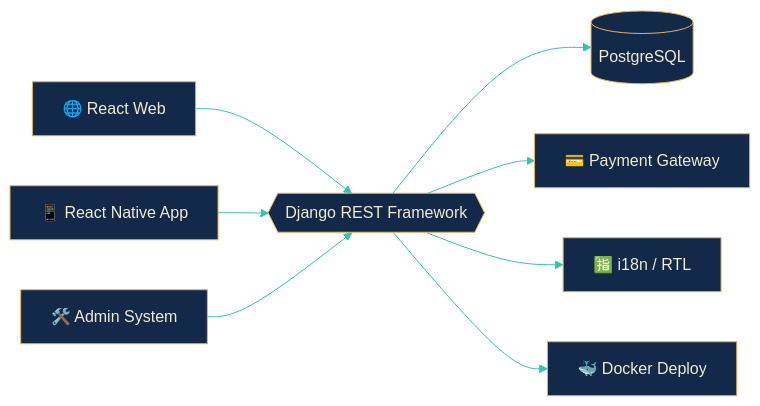
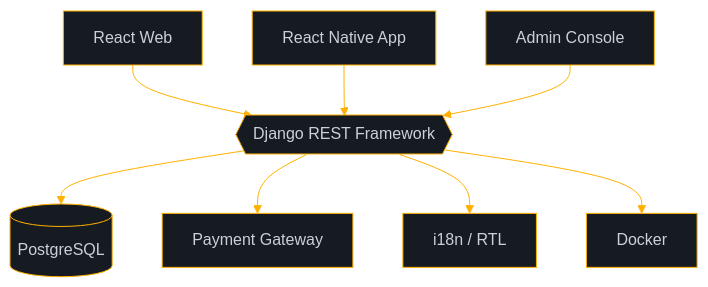
Before and after one commit to YaserZarifi/YaserZarifi: the diagram in README.md, drawn with Mermaid. The commit also changed other lines of this file, not shown here.

````diff
--- a/README.md
+++ b/README.md
@@ -70,12 +61,15 @@
 ```mermaid
-%%{init: {'theme':'base','themeVariables':{'primaryColor':'#12294a','primaryTextColor':'#F4EBD0','primaryBorderColor':'#E9B44C','lineColor':'#2EC4B6','secondaryColor':'#1C39BB','tertiaryColor':'#0B1B34','fontFamily':'Fira Code'}}}%%
-flowchart LR
-    W["🌐 React Web"] --> API
-    M["📱 React Native App"] --> API
-    A["🛠️ Admin System"] --> API
+%%{init: {'theme':'base','themeVariables':{'primaryColor':'#161B22','primaryTextColor':'#C9D1D9','primaryBorderColor':'#FFB000','lineColor':'#FFB000','secondaryColor':'#0D1117','tertiaryColor':'#0D1117','fontFamily':'monospace'}}}%%
+flowchart TD
+    W["React Web"]
+    M["React Native App"]
+    A["Admin Console"]
     API{{"Django REST Framework"}}
+    W --> API
+    M --> API
+    A --> API
     API --> DB[("PostgreSQL")]
-    API --> PAY["💳 Payment Gateway"]
-    API --> I18N["🈯 i18n / RTL"]
-    API --> DOC["🐳 Docker Deploy"]
+    API --> PAY["Payment Gateway"]
+    API --> I18N["i18n / RTL"]
+    API --> DOC["Docker"]
 ```
````
